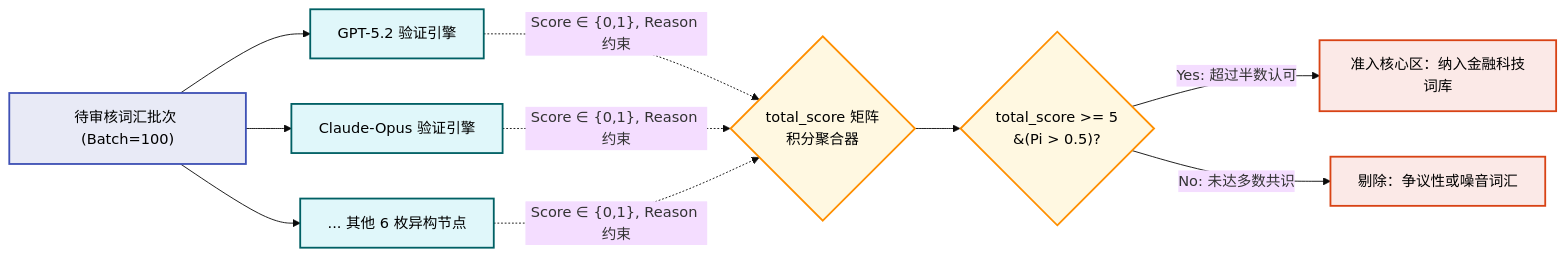
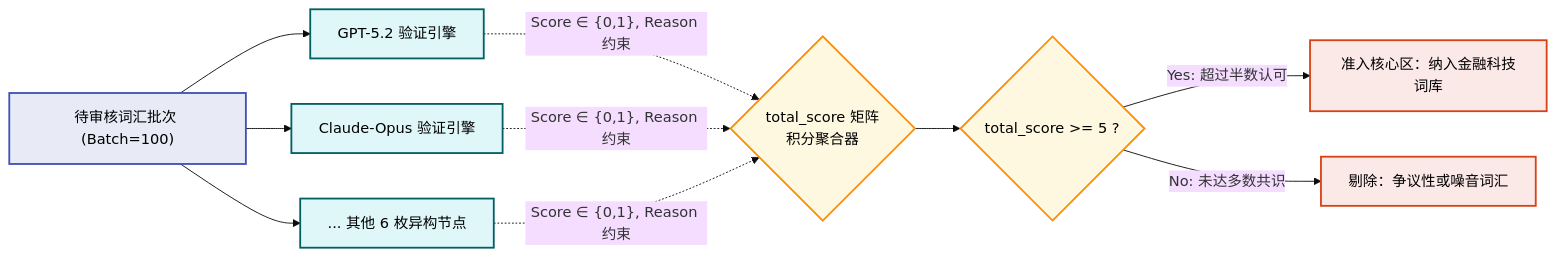
Before and after one commit to lizhenbimsa/data_antigravity_project: the first of 3 diagrams in news_process/LLMs_for_FinTech_dic/FinTech_Dictionary_LLMs_Paper_Final.md, drawn with Mermaid (base theme). The commit also changed other lines of this file and 2 other files, not shown here.

First line of the commit message:
docs(litanchor): 第九补编终审收口 — 双轮多智能体评审 28 处整改 (2 P1 锚定 + 论文稿图文矛盾 + Kappa 方法论口径)

````diff
--- a/news_process/LLMs_for_FinTech_dic/FinTech_Dictionary_LLMs_Paper_Final.md
+++ b/news_process/LLMs_for_FinTech_dic/FinTech_Dictionary_LLMs_Paper_Final.md
@@ -145,20 +145,20 @@
 ```mermaid
 graph LR
     classDef inputNode fill:#E8EAF6,stroke:#3F51B5,stroke-width:2px,color:#000
     classDef judgeNode fill:#E0F7FA,stroke:#006064,stroke-width:2px,color:#000
     classDef logicNode fill:#FFF8E1,stroke:#FF8F00,stroke-width:2px,color:#000
     classDef outNode fill:#FBE9E7,stroke:#D84315,stroke-width:2px,color:#000
 
     W["待审核词汇批次 (Batch=100)"]:::inputNode --> J1["GPT-5.2 验证引擎"]:::judgeNode
     W --> J2["Claude-Opus 验证引擎"]:::judgeNode
     W --> J3["... 其他 6 枚异构节点"]:::judgeNode
     
     J1 -.->|"Score ∈ {0,1}, Reason 约束"| SUM{"total_score 矩阵\n积分聚合器"}:::logicNode
     J2 -.->|"Score ∈ {0,1}, Reason 约束"| SUM
     J3 -.->|"Score ∈ {0,1}, Reason 约束"| SUM
     
-    SUM --> C1{"total_score >= 5\n&(Pi > 0.5)?"}:::logicNode
+    SUM --> C1{"total_score >= 5 ?"}:::logicNode
     
     C1 -->|Yes: 超过半数认可| ACCEPT["准入核心区：纳入金融科技词库"]:::outNode
     C1 -->|No: 未达多数共识| REJECT["剔除：争议性或噪音词汇"]:::outNode
 ```
````
